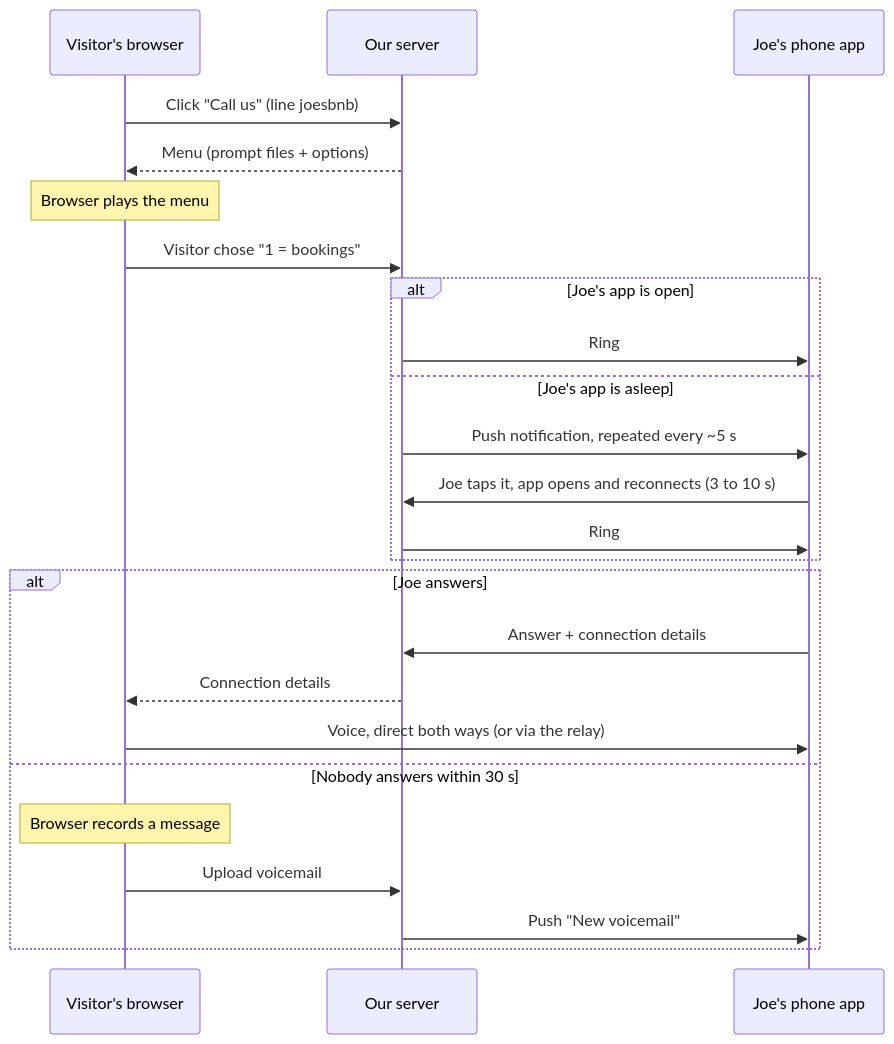
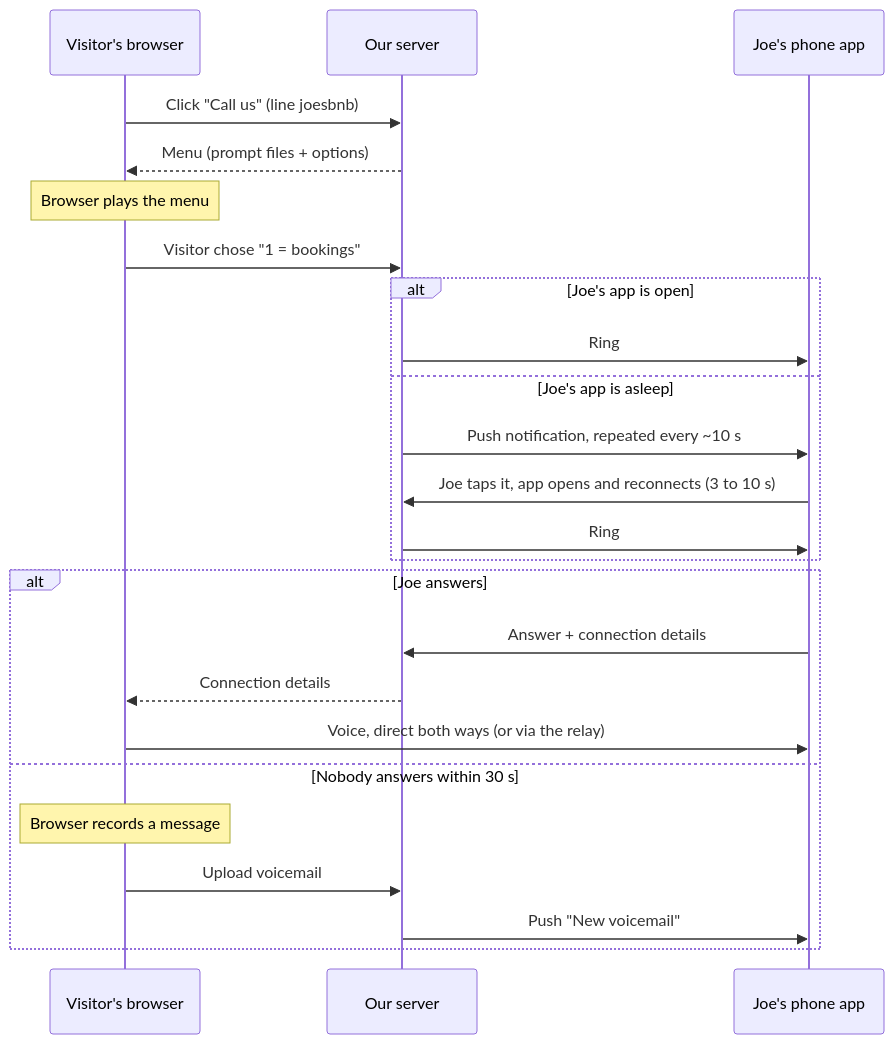
The third of 4 diagrams in docs/architecture.md (windseeker5/minivoip), drawn with Mermaid before and after one commit. The commit also changed other lines of this file and 21 other files, not shown here.

````diff
--- a/docs/architecture.md
+++ b/docs/architecture.md
@@ -117,26 +117,26 @@
 ```mermaid
 sequenceDiagram
     participant V as Visitor's browser
     participant S as Our server
     participant J as Joe's phone app
     V->>S: Click "Call us" (line joesbnb)
     S-->>V: Menu (prompt files + options)
     Note over V: Browser plays the menu
     V->>S: Visitor chose "1 = bookings"
     alt Joe's app is open
         S->>J: Ring
     else Joe's app is asleep
-        S->>J: Push notification, repeated every ~5 s
+        S->>J: Push notification, repeated every ~10 s
         J->>S: Joe taps it, app opens and reconnects (3 to 10 s)
         S->>J: Ring
     end
     alt Joe answers
         J->>S: Answer + connection details
         S-->>V: Connection details
         V->>J: Voice, direct both ways (or via the relay)
     else Nobody answers within 30 s
         Note over V: Browser records a message
         V->>S: Upload voicemail
         S->>J: Push "New voicemail"
     end
 ```
````
